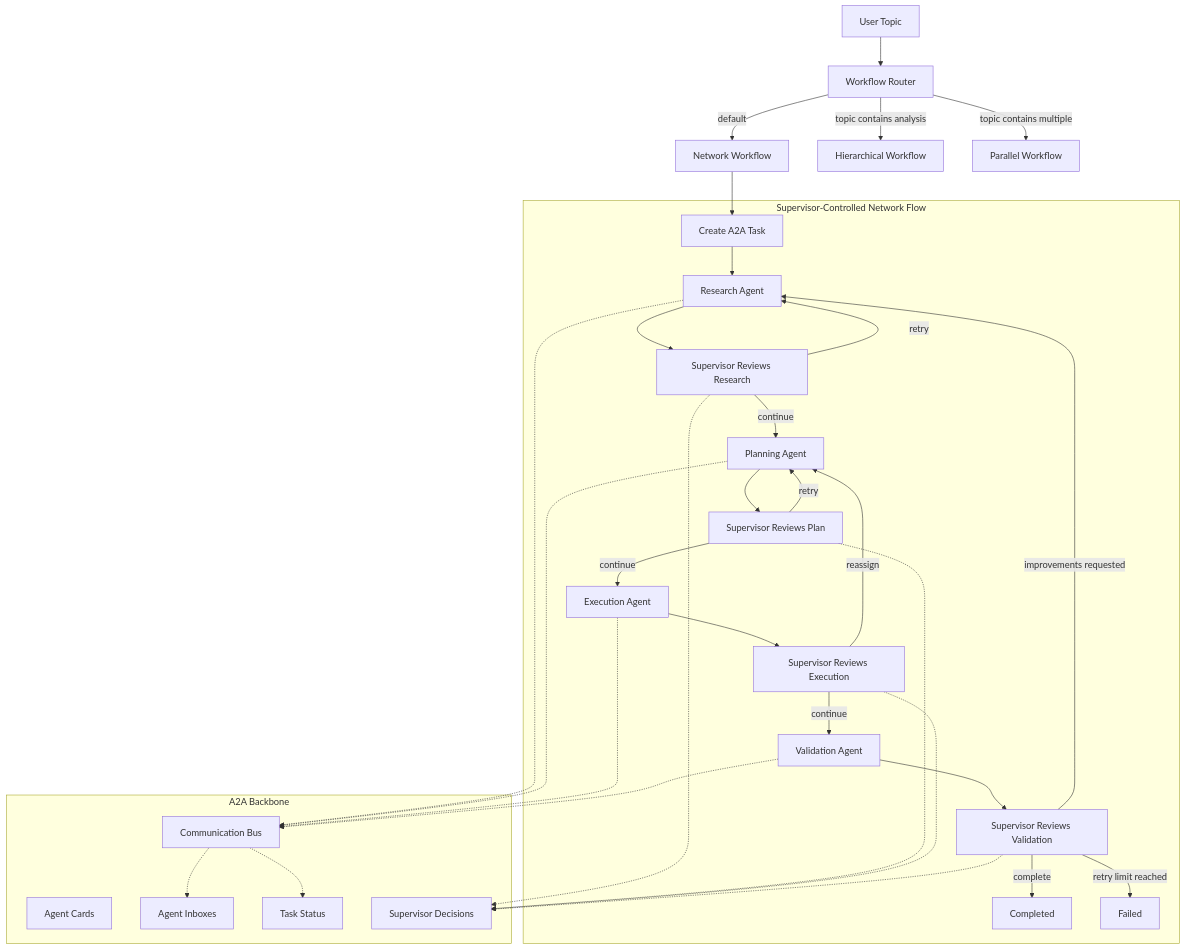
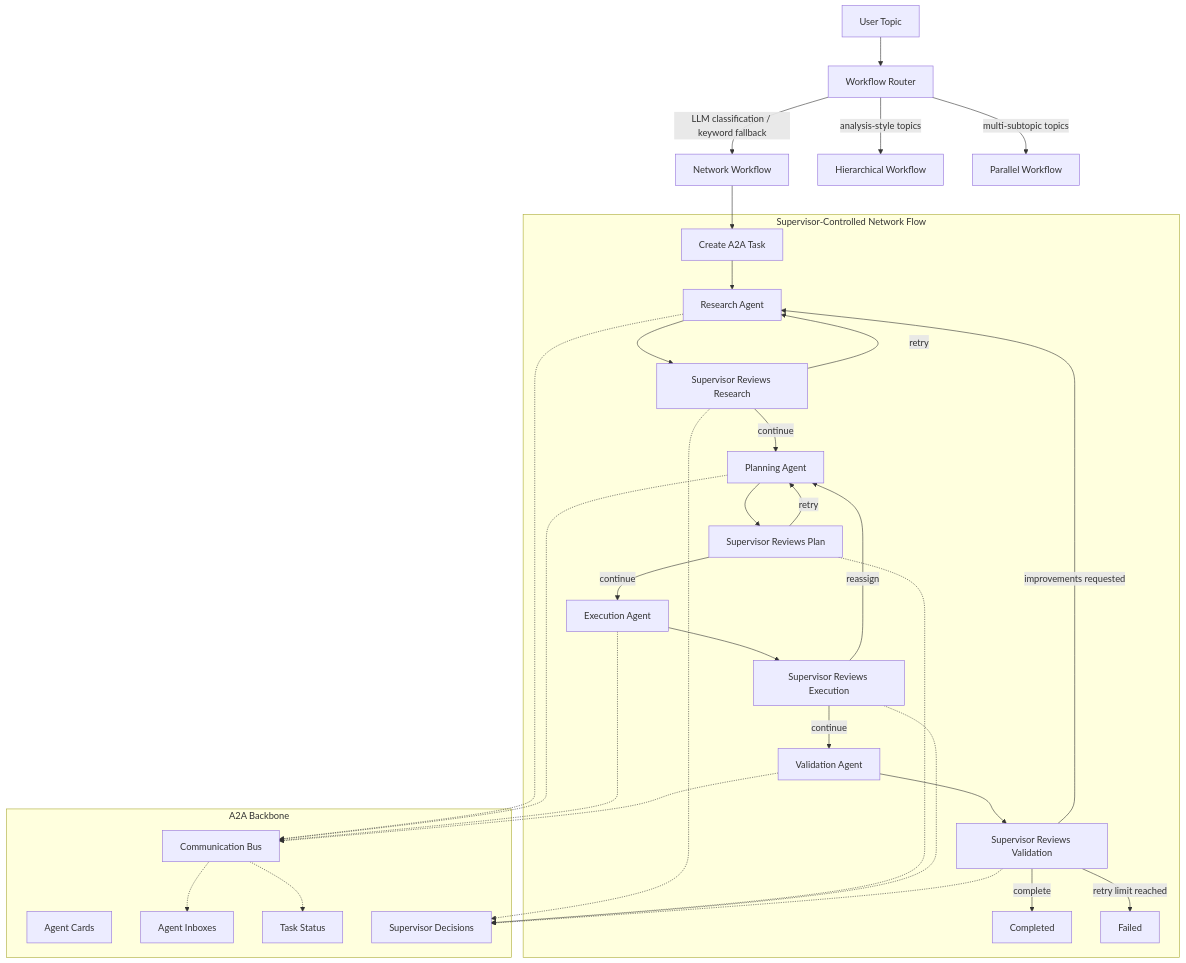
The diagram in README.md (serfcde/AgentAI), drawn with Mermaid before and after one commit. The commit also changed other lines of this file and 33 other files, not shown here.

````diff
--- a/README.md
+++ b/README.md
@@ -83,44 +117,44 @@
 ```mermaid
 flowchart TD
     User[User Topic] --> Router[Workflow Router]
-    Router -->|default| Network[Network Workflow]
-    Router -->|topic contains analysis| Hierarchical[Hierarchical Workflow]
-    Router -->|topic contains multiple| Parallel[Parallel Workflow]
+    Router -->|LLM classification / keyword fallback| Network[Network Workflow]
+    Router -->|analysis-style topics| Hierarchical[Hierarchical Workflow]
+    Router -->|multi-subtopic topics| Parallel[Parallel Workflow]
 
     subgraph NetworkFlow[Supervisor-Controlled Network Flow]
         NStart[Create A2A Task] --> R[Research Agent]
         R --> S1[Supervisor Reviews Research]
         S1 -->|continue| P[Planning Agent]
         S1 -->|retry| R
         P --> S2[Supervisor Reviews Plan]
         S2 -->|continue| E[Execution Agent]
         S2 -->|retry| P
         E --> S3[Supervisor Reviews Execution]
         S3 -->|continue| V[Validation Agent]
         S3 -->|reassign| P
         V --> S4[Supervisor Reviews Validation]
         S4 -->|complete| Done[Completed]
         S4 -->|improvements requested| R
         S4 -->|retry limit reached| Failed[Failed]
     end
 
     subgraph A2A[A2A Backbone]
         Cards[Agent Cards]
         Bus[Communication Bus]
         Inbox[Agent Inboxes]
         Status[Task Status]
         Decisions[Supervisor Decisions]
     end
 
     Network --> NStart
     R -.-> Bus
     P -.-> Bus
     E -.-> Bus
     V -.-> Bus
     Bus -.-> Inbox
     Bus -.-> Status
     S1 -.-> Decisions
     S2 -.-> Decisions
     S3 -.-> Decisions
     S4 -.-> Decisions
 ```
````
